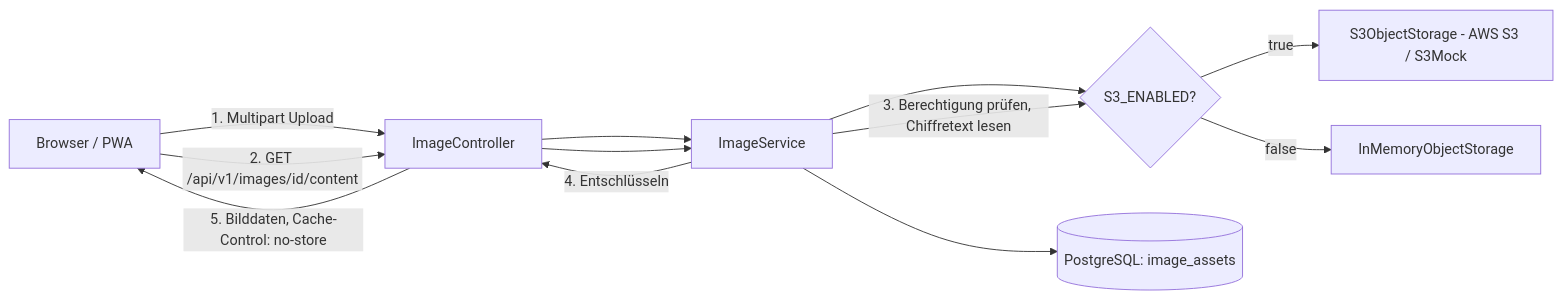
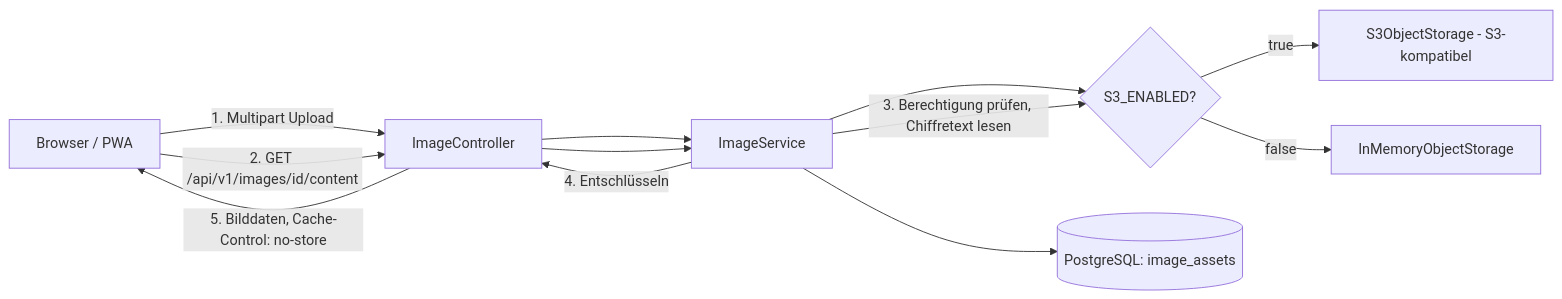
Before and after one commit to damaurer/vereint: the first of 2 diagrams in docs/baseservice/06-integrations.md, drawn with Mermaid. The commit also changed other lines of this file and 75 other files, not shown here.

````diff
--- a/docs/baseservice/06-integrations.md
+++ b/docs/baseservice/06-integrations.md
@@ -11,15 +11,15 @@
 ```mermaid
 graph LR
   Client[Browser / PWA] -->|1. Multipart Upload| Ctrl[ImageController]
   Ctrl --> Svc[ImageService]
   Svc --> Store{S3_ENABLED?}
-  Store -- true --> S3[S3ObjectStorage - AWS S3 / S3Mock]
+  Store -- true --> S3[S3ObjectStorage - S3-kompatibel]
   Store -- false --> Mem[InMemoryObjectStorage]
   Svc --> DB[(PostgreSQL: image_assets)]
 
   Client -->|2. GET /api/v1/images/id/content| Ctrl
   Ctrl --> Svc
   Svc -->|3. Berechtigung prüfen, Chiffretext lesen| Store
   Svc -->|4. Entschlüsseln| Ctrl
   Ctrl -->|5. Bilddaten, Cache-Control: no-store| Client
 ```
````
